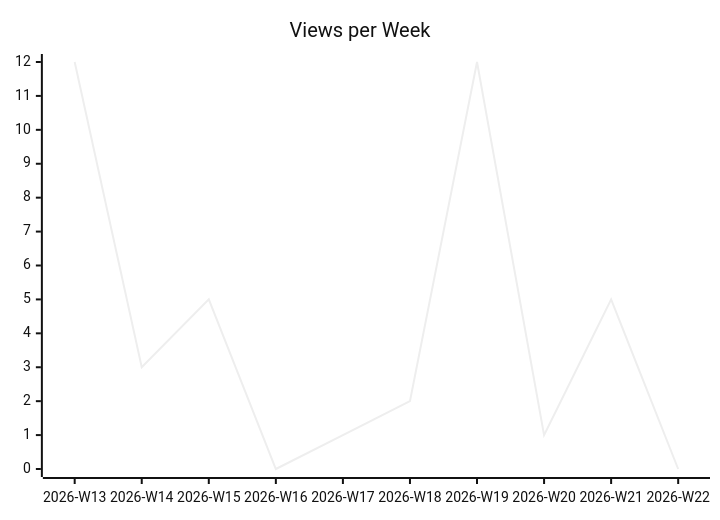
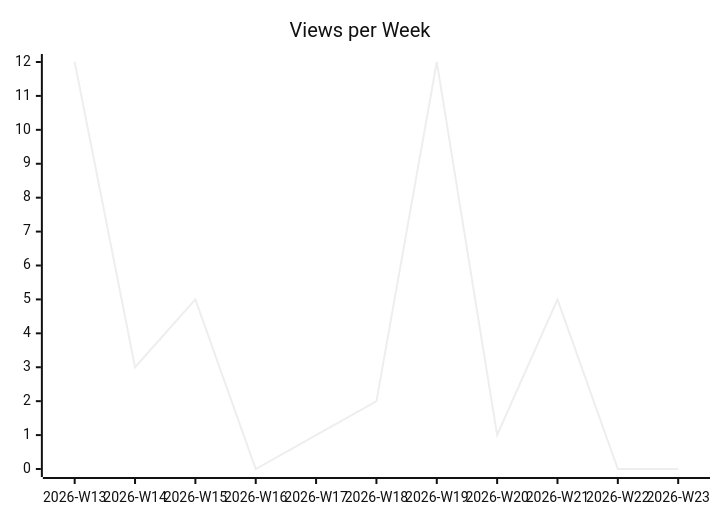
One commit to justdavis-family/github-analytics-data changed the second of 3 diagrams in karlmdavis/xmlpull/README.md. Above: the diagram before and after it, drawn with Mermaid (neutral theme). The commit also changed other lines of this file and 186 other files, not shown here.

````diff
--- a/karlmdavis/xmlpull/README.md
+++ b/karlmdavis/xmlpull/README.md
@@ -12,6 +12,6 @@
 ```mermaid
 xychart-beta
   title "Views per Week"
-  x-axis ["2026-W13", "2026-W14", "2026-W15", "2026-W16", "2026-W17", "2026-W18", "2026-W19", "2026-W20", "2026-W21", "2026-W22"]
-  line [12, 3, 5, 0, 1, 2, 12, 1, 5, 0]
+  x-axis ["2026-W13", "2026-W14", "2026-W15", "2026-W16", "2026-W17", "2026-W18", "2026-W19", "2026-W20", "2026-W21", "2026-W22", "2026-W23"]
+  line [12, 3, 5, 0, 1, 2, 12, 1, 5, 0, 0]
 ```
````
